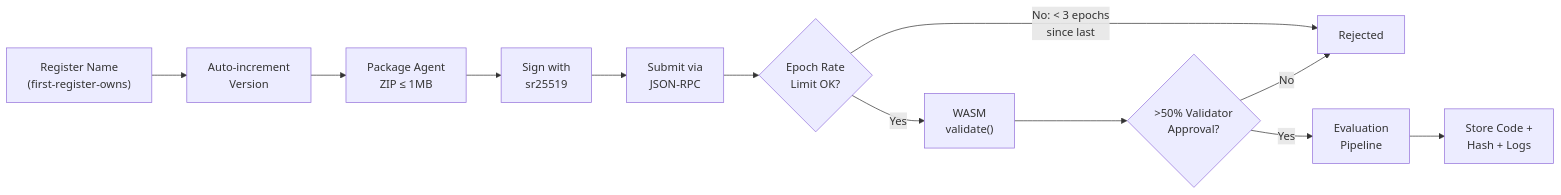
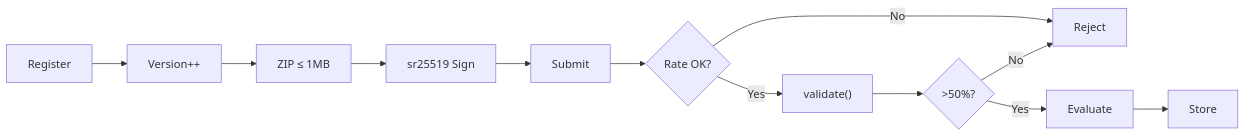
Before and after one commit to PlatformNetwork/roadmap: the third of 13 diagrams in README.md, drawn with Mermaid. The commit also changed other lines of this file, not shown here.

Commit message:
style: simplify mermaid labels, move Data Fabrication to Q2

````diff
--- a/README.md
+++ b/README.md
@@ -105,14 +105,14 @@
 ```mermaid
 flowchart LR
-    Register["Register Name\n(first-register-owns)"] --> Version["Auto-increment\nVersion"]
-    Version --> Pack["Package Agent\nZIP ≤ 1MB"]
-    Pack --> Sign["Sign with\nsr25519"]
-    Sign --> Submit["Submit via\nJSON-RPC"]
-    Submit --> RateCheck{"Epoch Rate\nLimit OK?"}
-    RateCheck -->|"No: < 3 epochs\nsince last"| Reject["Rejected"]
-    RateCheck -->|Yes| Validate["WASM\nvalidate()"]
-    Validate --> Consensus{">50% Validator\nApproval?"}
+    Register["Register"] --> Version["Version++"]
+    Version --> Pack["ZIP ≤ 1MB"]
+    Pack --> Sign["sr25519 Sign"]
+    Sign --> Submit["Submit"]
+    Submit --> Rate{"Rate OK?"}
+    Rate -->|No| Reject["Reject"]
+    Rate -->|Yes| Validate["validate()"]
+    Validate --> Consensus{">50%?"}
     Consensus -->|No| Reject
-    Consensus -->|Yes| Evaluate["Evaluation\nPipeline"]
-    Evaluate --> Store["Store Code +\nHash + Logs"]
+    Consensus -->|Yes| Eval["Evaluate"]
+    Eval --> Store["Store"]
 ```
````
